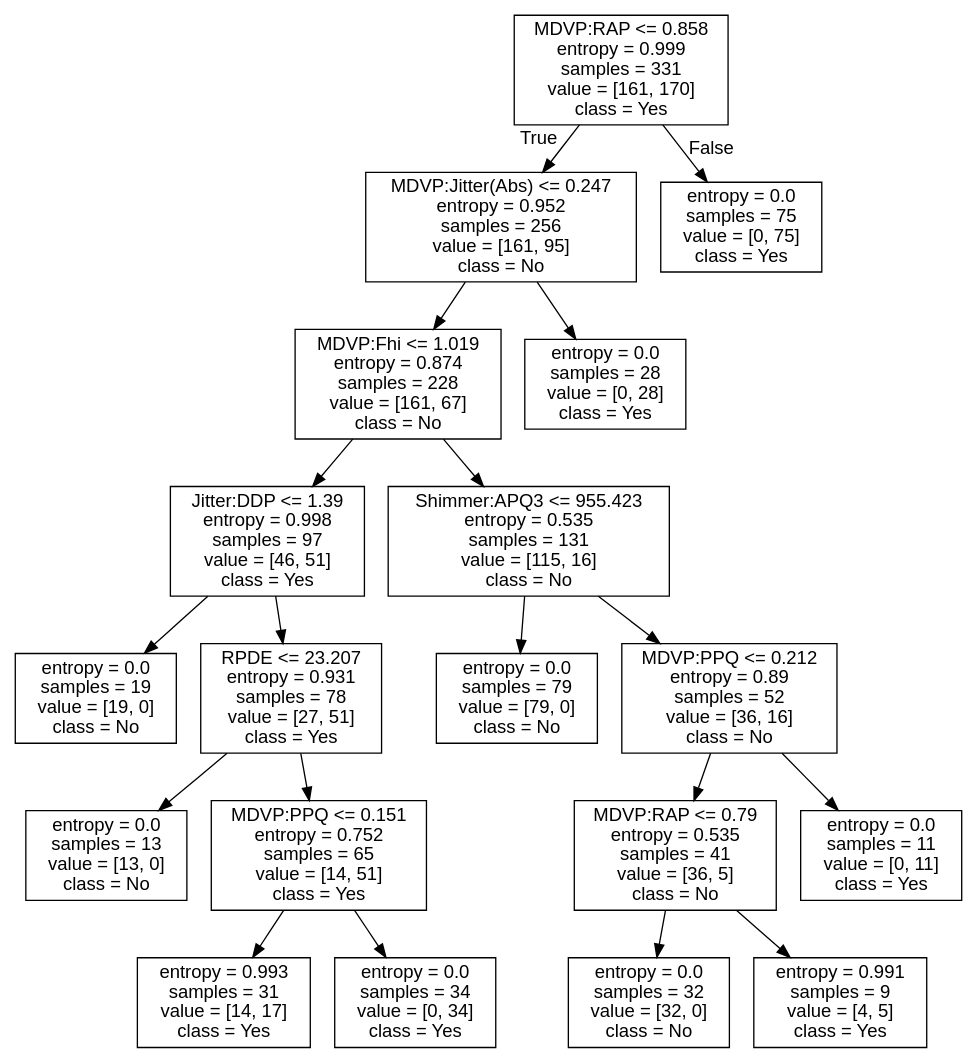
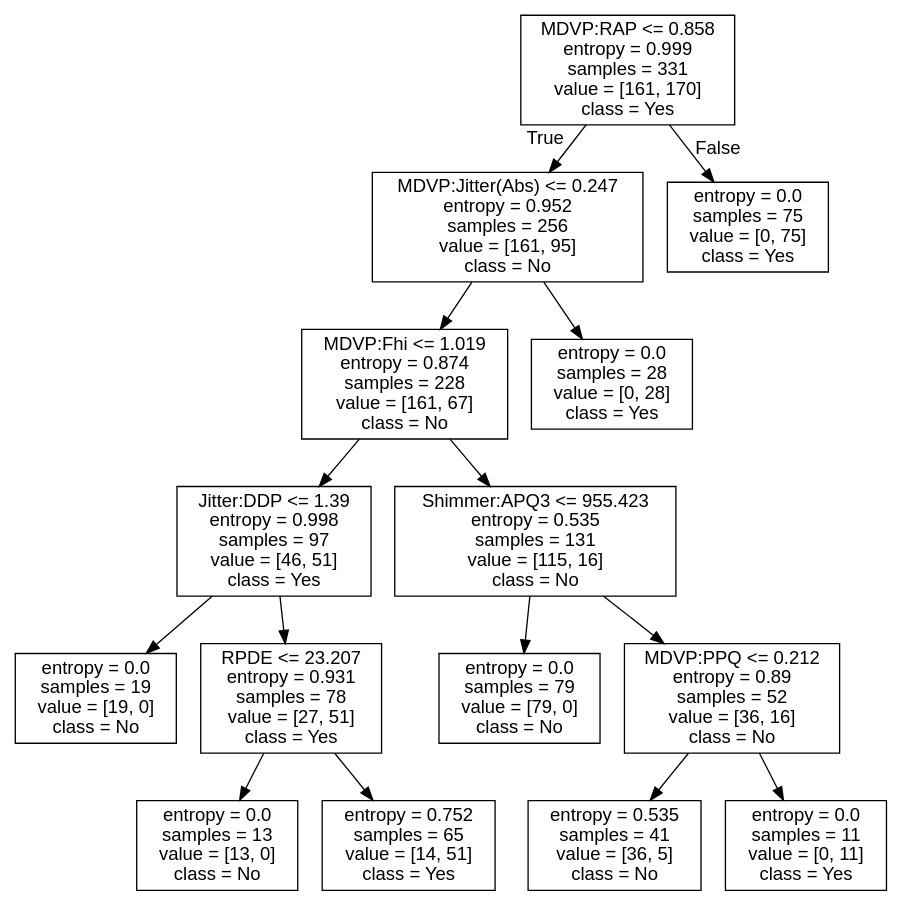
The diagram in pd_tree_regularized.dot (Yash-11-star/Parkinson-s-Disease-Detection-Using-Drawings-and-Speech), drawn with Graphviz before and after one commit. The commit also changed 146 other files, not shown here.

```diff
--- a/pd_tree_regularized.dot
+++ b/pd_tree_regularized.dot
@@ -1,41 +1,33 @@
 digraph Tree {
 node [shape=box, fontname="helvetica"] ;
 edge [fontname="helvetica"] ;
 0 [label="MDVP:RAP <= 0.858\nentropy = 0.999\nsamples = 331\nvalue = [161, 170]\nclass = Yes"] ;
 1 [label="MDVP:Jitter(Abs) <= 0.247\nentropy = 0.952\nsamples = 256\nvalue = [161, 95]\nclass = No"] ;
 0 -> 1 [labeldistance=2.5, labelangle=45, headlabel="True"] ;
 2 [label="MDVP:Fhi <= 1.019\nentropy = 0.874\nsamples = 228\nvalue = [161, 67]\nclass = No"] ;
 1 -> 2 ;
 3 [label="Jitter:DDP <= 1.39\nentropy = 0.998\nsamples = 97\nvalue = [46, 51]\nclass = Yes"] ;
 2 -> 3 ;
 4 [label="entropy = 0.0\nsamples = 19\nvalue = [19, 0]\nclass = No"] ;
 3 -> 4 ;
 5 [label="RPDE <= 23.207\nentropy = 0.931\nsamples = 78\nvalue = [27, 51]\nclass = Yes"] ;
 3 -> 5 ;
 6 [label="entropy = 0.0\nsamples = 13\nvalue = [13, 0]\nclass = No"] ;
 5 -> 6 ;
-7 [label="MDVP:PPQ <= 0.151\nentropy = 0.752\nsamples = 65\nvalue = [14, 51]\nclass = Yes"] ;
+7 [label="entropy = 0.752\nsamples = 65\nvalue = [14, 51]\nclass = Yes"] ;
 5 -> 7 ;
-8 [label="entropy = 0.993\nsamples = 31\nvalue = [14, 17]\nclass = Yes"] ;
-7 -> 8 ;
-9 [label="entropy = 0.0\nsamples = 34\nvalue = [0, 34]\nclass = Yes"] ;
-7 -> 9 ;
-10 [label="Shimmer:APQ3 <= 955.423\nentropy = 0.535\nsamples = 131\nvalue = [115, 16]\nclass = No"] ;
-2 -> 10 ;
-11 [label="entropy = 0.0\nsamples = 79\nvalue = [79, 0]\nclass = No"] ;
+8 [label="Shimmer:APQ3 <= 955.423\nentropy = 0.535\nsamples = 131\nvalue = [115, 16]\nclass = No"] ;
+2 -> 8 ;
+9 [label="entropy = 0.0\nsamples = 79\nvalue = [79, 0]\nclass = No"] ;
+8 -> 9 ;
+10 [label="MDVP:PPQ <= 0.212\nentropy = 0.89\nsamples = 52\nvalue = [36, 16]\nclass = No"] ;
+8 -> 10 ;
+11 [label="entropy = 0.535\nsamples = 41\nvalue = [36, 5]\nclass = No"] ;
 10 -> 11 ;
-12 [label="MDVP:PPQ <= 0.212\nentropy = 0.89\nsamples = 52\nvalue = [36, 16]\nclass = No"] ;
+12 [label="entropy = 0.0\nsamples = 11\nvalue = [0, 11]\nclass = Yes"] ;
 10 -> 12 ;
-13 [label="MDVP:RAP <= 0.79\nentropy = 0.535\nsamples = 41\nvalue = [36, 5]\nclass = No"] ;
-12 -> 13 ;
-14 [label="entropy = 0.0\nsamples = 32\nvalue = [32, 0]\nclass = No"] ;
-13 -> 14 ;
-15 [label="entropy = 0.991\nsamples = 9\nvalue = [4, 5]\nclass = Yes"] ;
-13 -> 15 ;
-16 [label="entropy = 0.0\nsamples = 11\nvalue = [0, 11]\nclass = Yes"] ;
-12 -> 16 ;
-17 [label="entropy = 0.0\nsamples = 28\nvalue = [0, 28]\nclass = Yes"] ;
-1 -> 17 ;
-18 [label="entropy = 0.0\nsamples = 75\nvalue = [0, 75]\nclass = Yes"] ;
-0 -> 18 [labeldistance=2.5, labelangle=-45, headlabel="False"] ;
+13 [label="entropy = 0.0\nsamples = 28\nvalue = [0, 28]\nclass = Yes"] ;
+1 -> 13 ;
+14 [label="entropy = 0.0\nsamples = 75\nvalue = [0, 75]\nclass = Yes"] ;
+0 -> 14 [labeldistance=2.5, labelangle=-45, headlabel="False"] ;
 }
```
